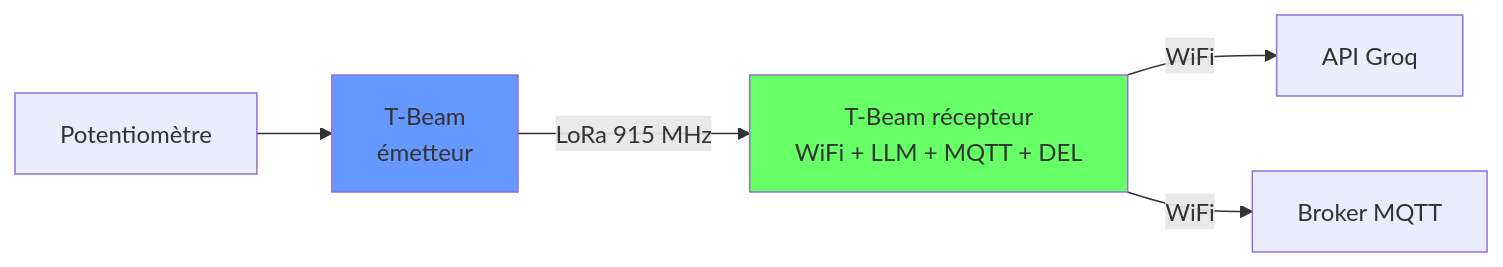
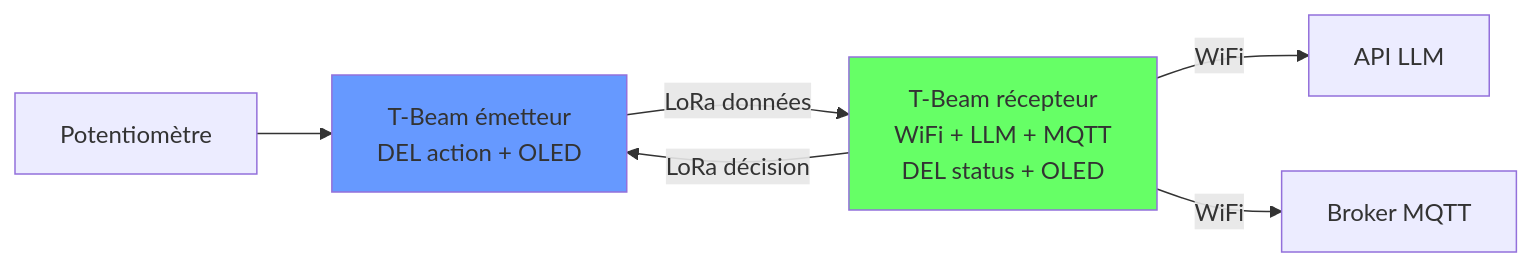
The diagram in theorie/Semaine-10/diaporama/slides.md (fpoisson2/243-4J5-LI), drawn with Mermaid before and after one commit. The commit also changed 4 other files, not shown here.

First line of the commit message:
Add OLED, bidirectional LoRa and structured LLM

````diff
--- a/theorie/Semaine-10/diaporama/slides.md
+++ b/theorie/Semaine-10/diaporama/slides.md
@@ -738,10 +738,11 @@
 ```mermaid {scale: 0.55}
 graph LR
-    POT[Potentiomètre] --> TX[T-Beam<br/>émetteur]
-    TX -->|LoRa 915 MHz| RX[T-Beam récepteur<br/>WiFi + LLM + MQTT + DEL]
-    RX -->|WiFi| API[API Groq]
+    POT[Potentiomètre] --> TX[T-Beam émetteur<br/>DEL action + OLED]
+    TX -->|LoRa données| RX[T-Beam récepteur<br/>WiFi + LLM + MQTT<br/>DEL status + OLED]
+    RX -->|LoRa décision| TX
+    RX -->|WiFi| API[API LLM]
     RX -->|WiFi| BRK[Broker MQTT]
 
     style TX fill:#69f
     style RX fill:#6f6
 ```
````
